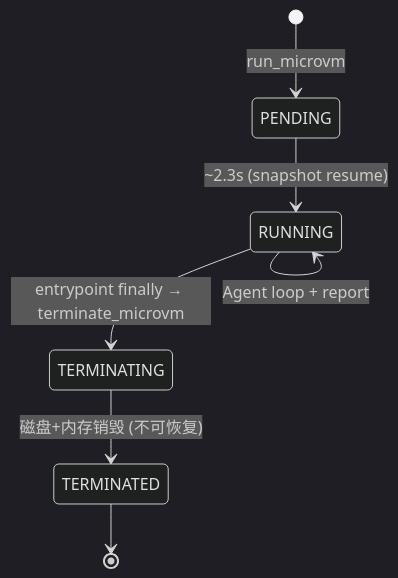
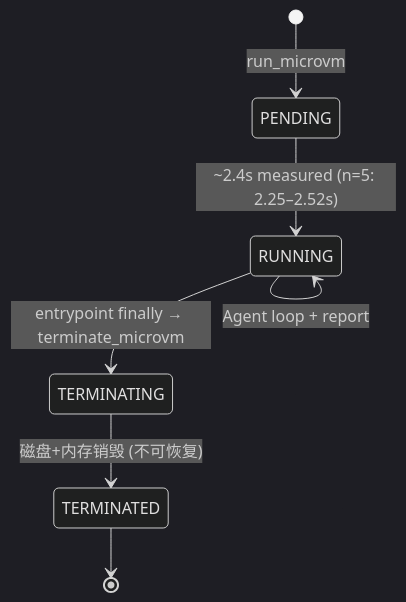
The third of 3 diagrams in DESIGN_V5.md (jansony1/agentcore-runtime-data-persistence-demo), drawn with Mermaid (dark theme) before and after one commit. The commit also changed 1 other file, not shown here.

Commit message:
Fix cold-start wording: it's run_microvm→RUNNING at 1s poll granularity, not "resume"
The ~2.4s figure is real (n=5: 2.25–2.52s) but the wording was imprecise:
- "resume from snapshot" / "snapshot resume" wrongly implied suspend→resume;
  we measured a cold run_microvm → RUNNING.
- the measurement has 1s poll granularity (sleep(1) loop), so state it as an
  upper-bound wall-clock, not a precise startup latency.

````diff
--- a/DESIGN_V5.md
+++ b/DESIGN_V5.md
@@ -163,9 +163,9 @@
 ```mermaid
 stateDiagram-v2
     [*] --> PENDING: run_microvm
-    PENDING --> RUNNING: ~2.3s (snapshot resume)
+    PENDING --> RUNNING: ~2.4s measured (n=5: 2.25–2.52s)
     RUNNING --> RUNNING: Agent loop + report
     RUNNING --> TERMINATING: entrypoint finally → terminate_microvm
     TERMINATING --> TERMINATED: 磁盘+内存销毁 (不可恢复)
     TERMINATED --> [*]
 ```
````
